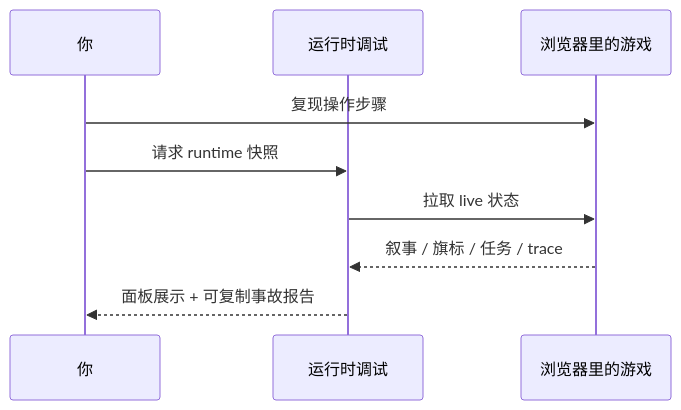
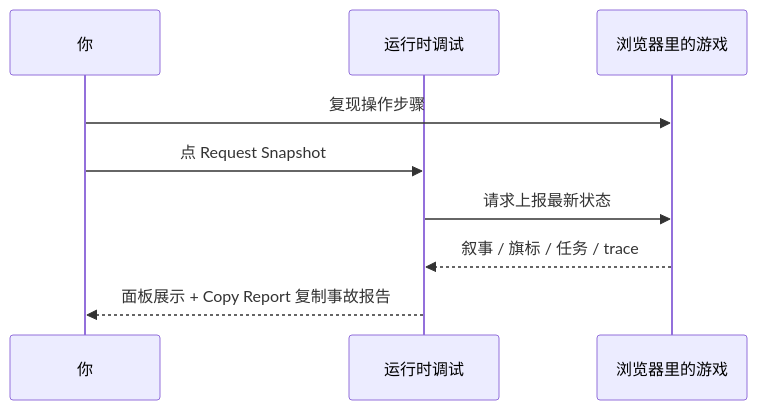
Before and after one commit to wubugui/GDoc: the diagram in docs/editors/workbench/runtime-debug.md, drawn with Mermaid. The commit also changed other lines of this file and 112 other files, not shown here.

````diff
--- a/docs/editors/workbench/runtime-debug.md
+++ b/docs/editors/workbench/runtime-debug.md
@@ -44,11 +45,11 @@
 ```mermaid
 sequenceDiagram
     participant You as 你
     participant WB as 运行时调试
     participant Game as 浏览器里的游戏
     You->>Game: 复现操作步骤
-    You->>WB: 请求 runtime 快照
-    WB->>Game: 拉取 live 状态
+    You->>WB: 点 Request Snapshot
+    WB->>Game: 请求上报最新状态
     Game-->>WB: 叙事 / 旗标 / 任务 / trace
-    WB-->>You: 面板展示 + 可复制事故报告
+    WB-->>You: 面板展示 + Copy Report 复制事故报告
 ```
````
